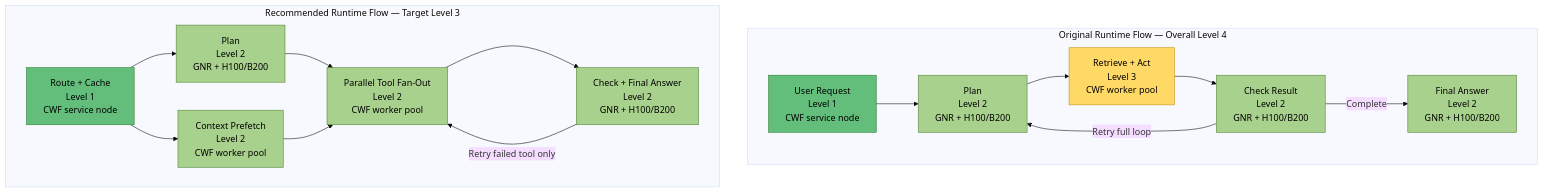
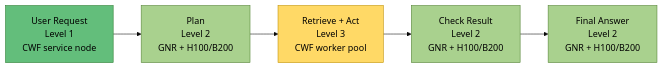
One commit to intel-ai-tce/ai-documents changed the first of 6 diagrams in AEM/agent_workflow_optimization_cwf_gnr_gpu.md. Above: the diagram before and after it, drawn with Mermaid (base theme). The commit also changed other lines of this file, not shown here.

````diff
--- a/AEM/agent_workflow_optimization_cwf_gnr_gpu.md
+++ b/AEM/agent_workflow_optimization_cwf_gnr_gpu.md
@@ -28,41 +19,20 @@
 ```mermaid
-flowchart TB
-    subgraph ORIGINAL["Original Runtime Flow — Overall Level 4"]
-        direction LR
-        OA["User Request<br/>Level 1<br/>CWF service node"]
-        OB["Plan<br/>Level 2<br/>GNR + H100/B200"]
-        OC["Retrieve + Act<br/>Level 3<br/>CWF worker pool"]
-        OD["Check Result<br/>Level 2<br/>GNR + H100/B200"]
-        OE["Final Answer<br/>Level 2<br/>GNR + H100/B200"]
+flowchart LR
+    A["User Request<br/>Level 1<br/>CWF service node"]
+    B["Plan<br/>Level 2<br/>GNR + H100/B200"]
+    C["Retrieve + Act<br/>Level 3<br/>CWF worker pool"]
+    D["Check Result<br/>Level 2<br/>GNR + H100/B200"]
+    E["Final Answer<br/>Level 2<br/>GNR + H100/B200"]
 
-        OA --> OB --> OC --> OD
-        OD -->|Retry full loop| OB
-        OD -->|Complete| OE
-    end
-
-    subgraph OPTIMIZED["Recommended Runtime Flow — Target Level 3"]
-        direction LR
-        NA["Route + Cache<br/>Level 1<br/>CWF service node"]
-        NB["Plan<br/>Level 2<br/>GNR + H100/B200"]
-        NC["Context Prefetch<br/>Level 2<br/>CWF worker pool"]
-        ND["Parallel Tool Fan-Out<br/>Level 2<br/>CWF worker pool"]
-        NE["Check + Final Answer<br/>Level 2<br/>GNR + H100/B200"]
-
-        NA --> NB
-        NA --> NC
-        NB --> ND
-        NC --> ND
-        ND --> NE
-        NE -->|Retry failed tool only| ND
-    end
+    A --> B --> C --> D --> E
 
     classDef level1 fill:#63BE7B,stroke:#2E7D32,color:#000
     classDef level2 fill:#A9D18E,stroke:#548235,color:#000
     classDef level3 fill:#FFD966,stroke:#BF9000,color:#000
     classDef level4 fill:#F4B183,stroke:#C65911,color:#000
     classDef level5 fill:#E06666,stroke:#990000,color:#fff
 
-    class OA,NA level1
-    class OB,OD,OE,NB,NC,ND,NE level2
-    class OC level3
+    class A level1
+    class B,D,E level2
+    class C level3
 ```
````
